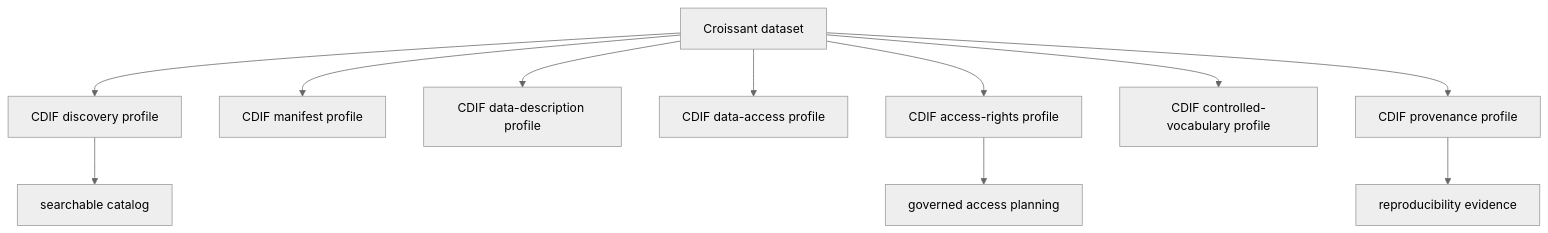
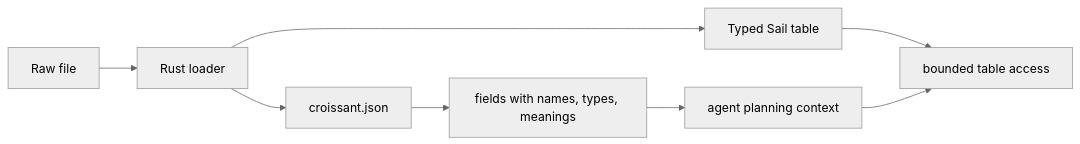
The diagram in docs/blog/assets/querygraph/diagrams/diagram-05.mmd (querygraph/qg-rust), drawn with Mermaid (neutral theme) before and after one commit. The commit also changed 71 other files, not shown here.

```diff
--- a/docs/blog/assets/querygraph/diagrams/diagram-05.mmd
+++ b/docs/blog/assets/querygraph/diagrams/diagram-05.mmd
@@ -1,11 +1,8 @@
-flowchart TD
-    Croissant["Croissant dataset"] --> Discovery["CDIF discovery profile"]
-    Croissant --> Manifest["CDIF manifest profile"]
-    Croissant --> Description["CDIF data-description profile"]
-    Croissant --> Access["CDIF data-access profile"]
-    Croissant --> Rights["CDIF access-rights profile"]
-    Croissant --> Vocabulary["CDIF controlled-vocabulary profile"]
-    Croissant --> Provenance["CDIF provenance profile"]
-    Discovery --> Catalog["searchable catalog"]
-    Rights --> Policy["governed access planning"]
-    Provenance --> Audit["reproducibility evidence"]
+flowchart LR
+    Raw["Raw file"] --> Loader["Rust loader"]
+    Loader --> Typed["Typed Sail table"]
+    Loader --> Croissant["croissant.json"]
+    Croissant --> Fields["fields with names, types, meanings"]
+    Fields --> Agent["agent planning context"]
+    Typed --> Query["bounded table access"]
+    Agent --> Query
```
